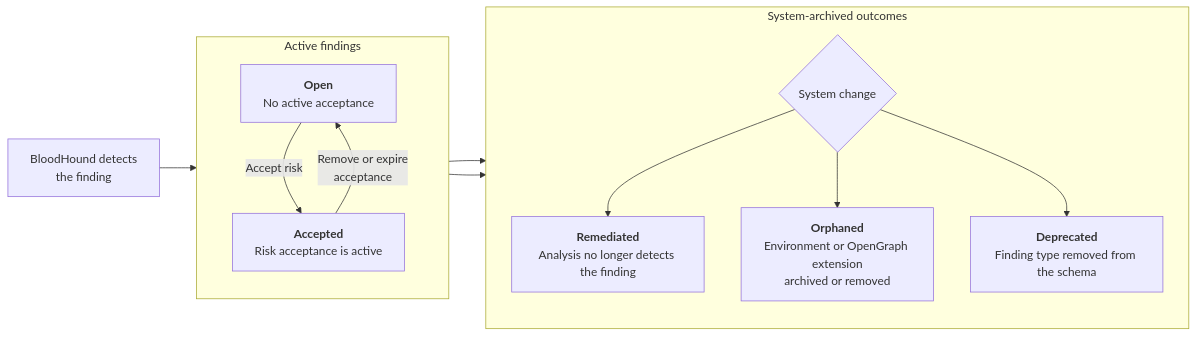
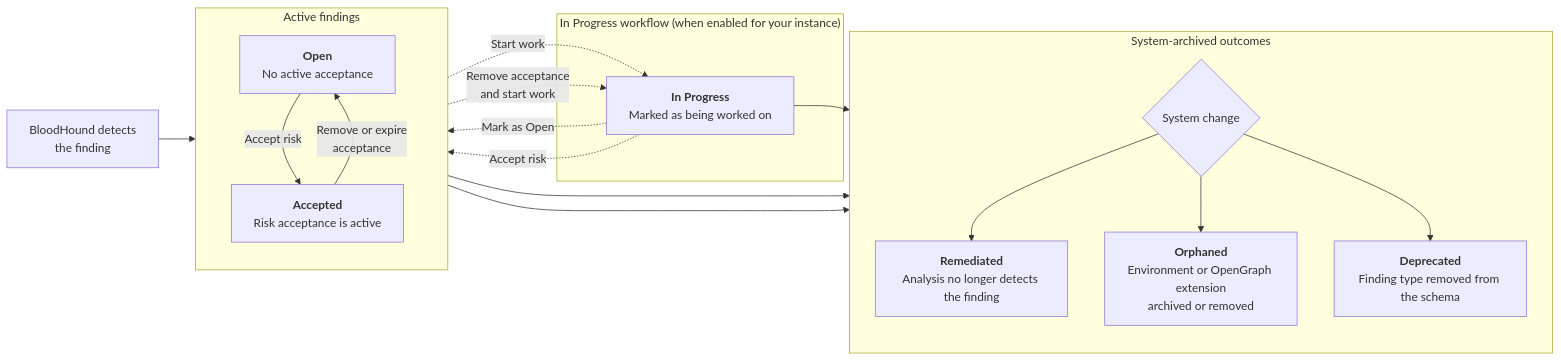
The diagram in docs/analyze-data/findings/table-view.mdx (SpecterOps/bloodhound-docs), drawn with Mermaid before and after one commit. The commit also changed other lines of this file, not shown here.

````diff
--- a/docs/analyze-data/findings/table-view.mdx
+++ b/docs/analyze-data/findings/table-view.mdx
@@ -222,26 +251,36 @@
 ```mermaid
 flowchart LR
     detected["BloodHound detects<br/>the finding"] --> open
 
     subgraph active["Active findings"]
         direction TB
         open["<b>Open</b><br/>No active acceptance"]
         accepted["<b>Accepted</b><br/>Risk acceptance is active"]
         open -->|"Accept risk"| accepted
         accepted -->|"Remove or expire<br/>acceptance"| open
     end
 
+    subgraph gated["In Progress workflow (when enabled for your instance)"]
+        inProgress["<b>In Progress</b><br/>Marked as being worked on"]
+    end
+
+    open -.->|"Start work"| inProgress
+    inProgress -.->|"Mark as Open"| open
+    inProgress -.->|"Accept risk"| accepted
+    accepted -.->|"Remove acceptance<br/>and start work"| inProgress
+
     open --> systemChange
+    inProgress --> systemChange
     accepted --> systemChange
 
     subgraph archived["System-archived outcomes"]
         direction TB
         systemChange{"System change"}
         remediated["<b>Remediated</b><br/>Analysis no longer detects the finding"]
         orphaned["<b>Orphaned</b><br/>Environment or OpenGraph extension<br/>archived or removed"]
         deprecated["<b>Deprecated</b><br/>Finding type removed from the schema"]
         systemChange --> remediated
         systemChange --> orphaned
         systemChange --> deprecated
     end
 ```
````
